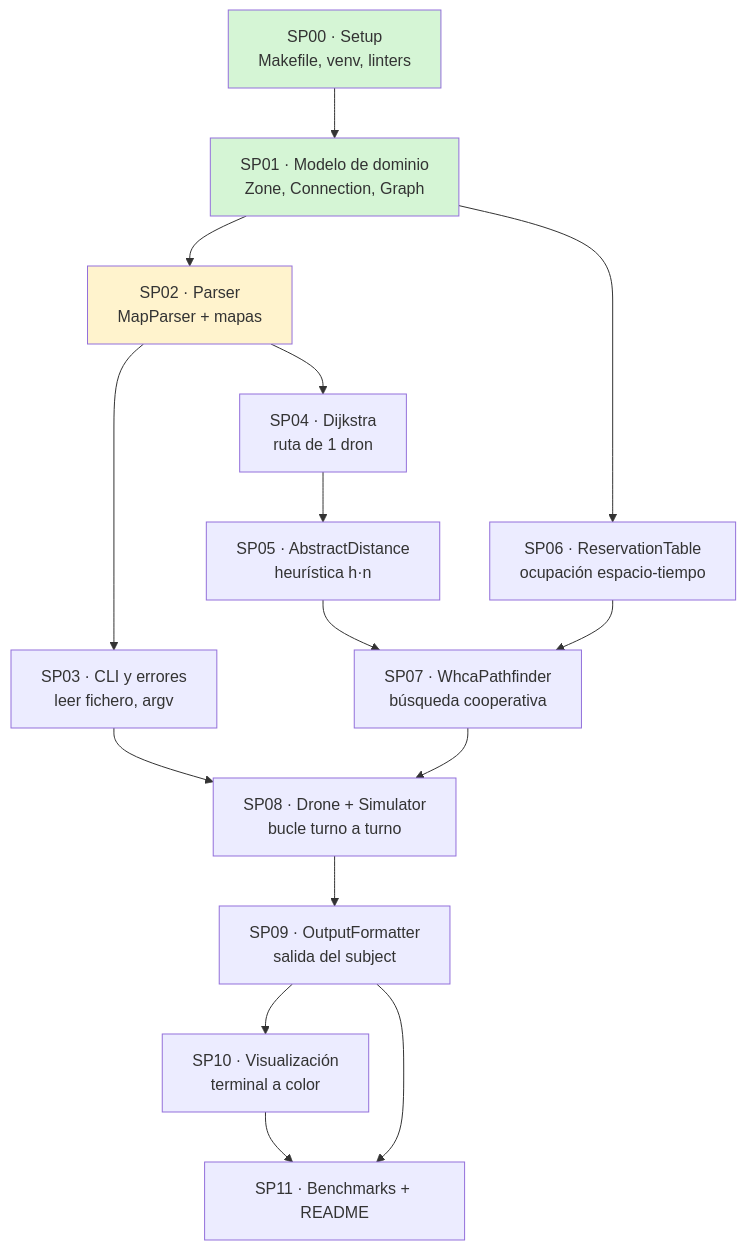
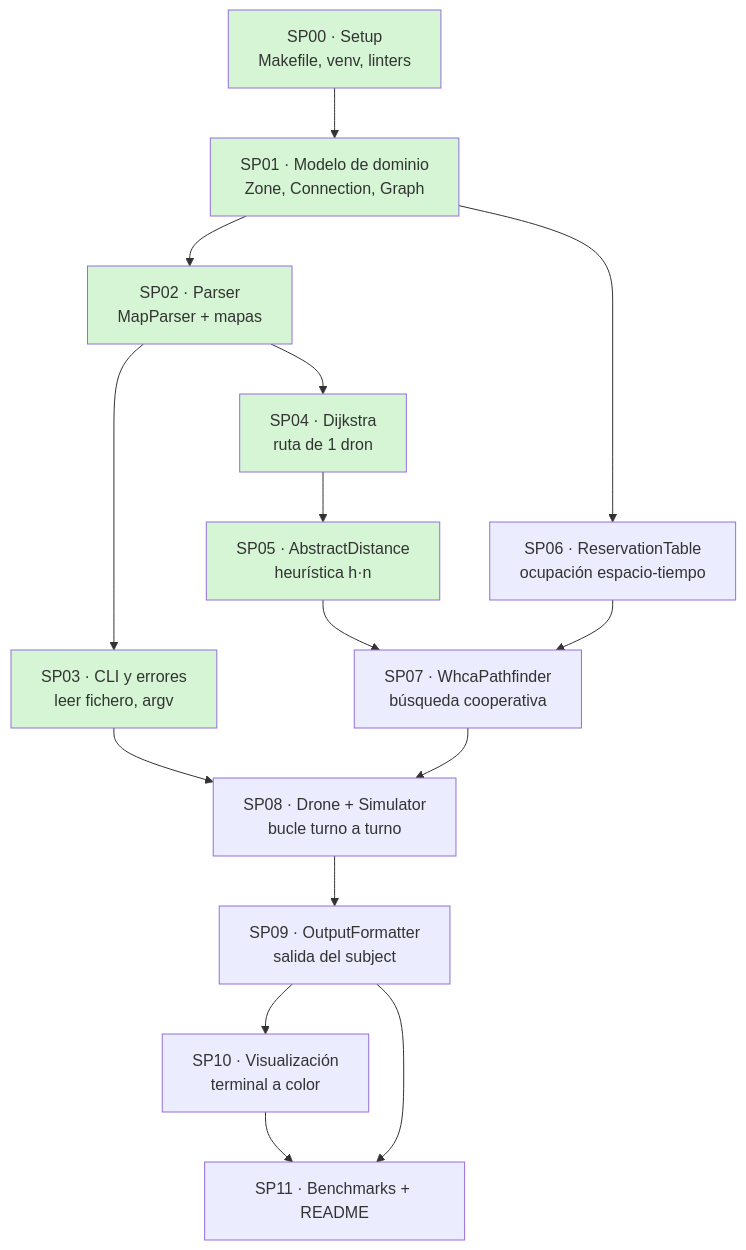
Before and after one commit to 0xARCOS/Fly-In: the diagram in docs/01-roadmap.md, drawn with Mermaid. The commit also changed other lines of this file and 46 other files, not shown here.

````diff
--- a/docs/01-roadmap.md
+++ b/docs/01-roadmap.md
@@ -17,21 +17,24 @@
 ```mermaid
 flowchart TD
     SP00[SP00 · Setup<br/>Makefile, venv, linters] --> SP01[SP01 · Modelo de dominio<br/>Zone, Connection, Graph]
     SP01 --> SP02[SP02 · Parser<br/>MapParser + mapas]
     SP02 --> SP03[SP03 · CLI y errores<br/>leer fichero, argv]
     SP02 --> SP04[SP04 · Dijkstra<br/>ruta de 1 dron]
     SP04 --> SP05[SP05 · AbstractDistance<br/>heurística h·n]
     SP01 --> SP06[SP06 · ReservationTable<br/>ocupación espacio-tiempo]
     SP05 --> SP07[SP07 · WhcaPathfinder<br/>búsqueda cooperativa]
     SP06 --> SP07
     SP07 --> SP08[SP08 · Drone + Simulator<br/>bucle turno a turno]
     SP03 --> SP08
     SP08 --> SP09[SP09 · OutputFormatter<br/>salida del subject]
     SP09 --> SP10[SP10 · Visualización<br/>terminal a color]
     SP09 --> SP11[SP11 · Benchmarks + README]
     SP10 --> SP11
 
     style SP00 fill:#d5f5d5
     style SP01 fill:#d5f5d5
-    style SP02 fill:#fff3cd
+    style SP02 fill:#d5f5d5
+    style SP03 fill:#d5f5d5
+    style SP04 fill:#d5f5d5
+    style SP05 fill:#d5f5d5
 ```
````
